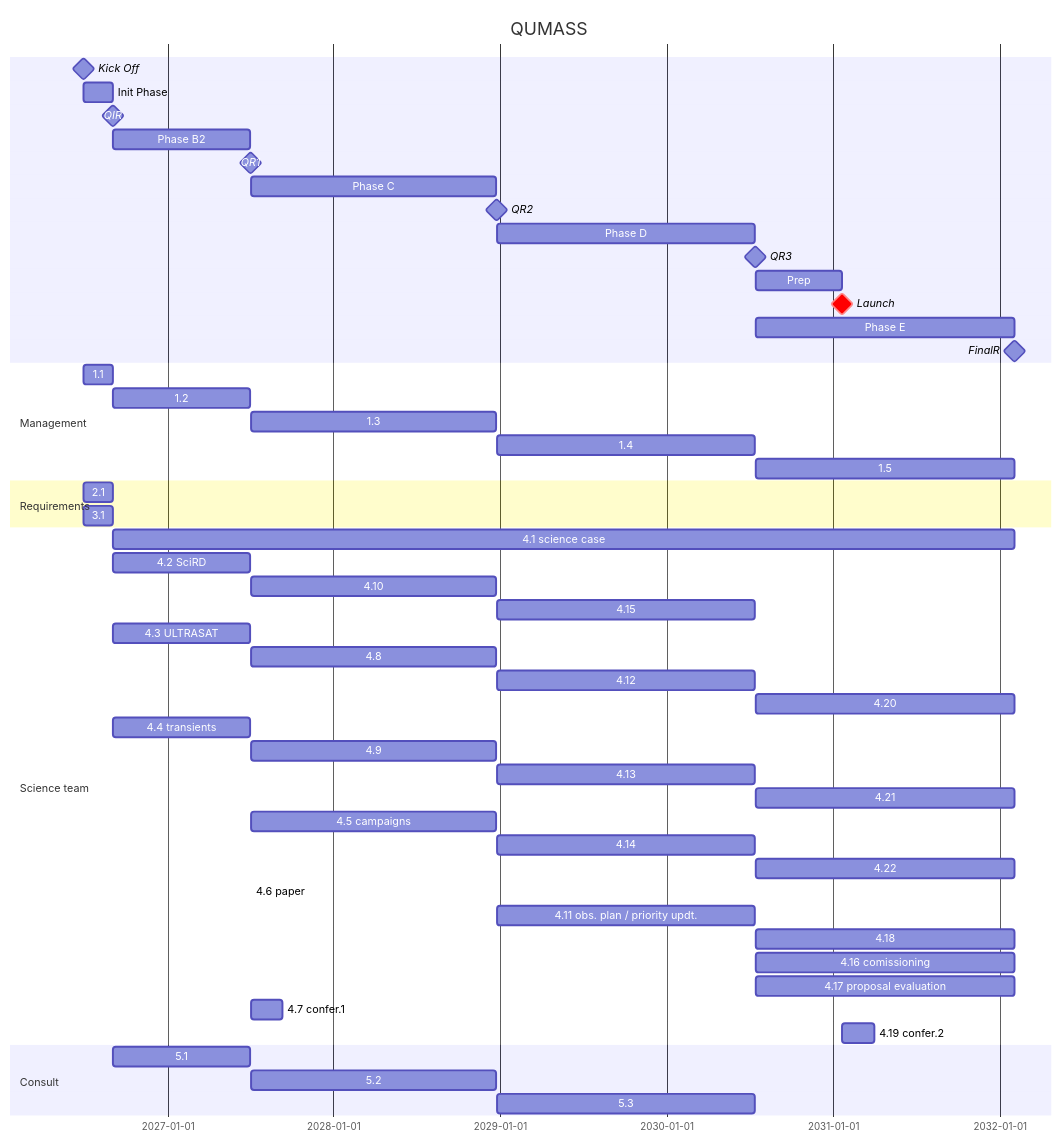
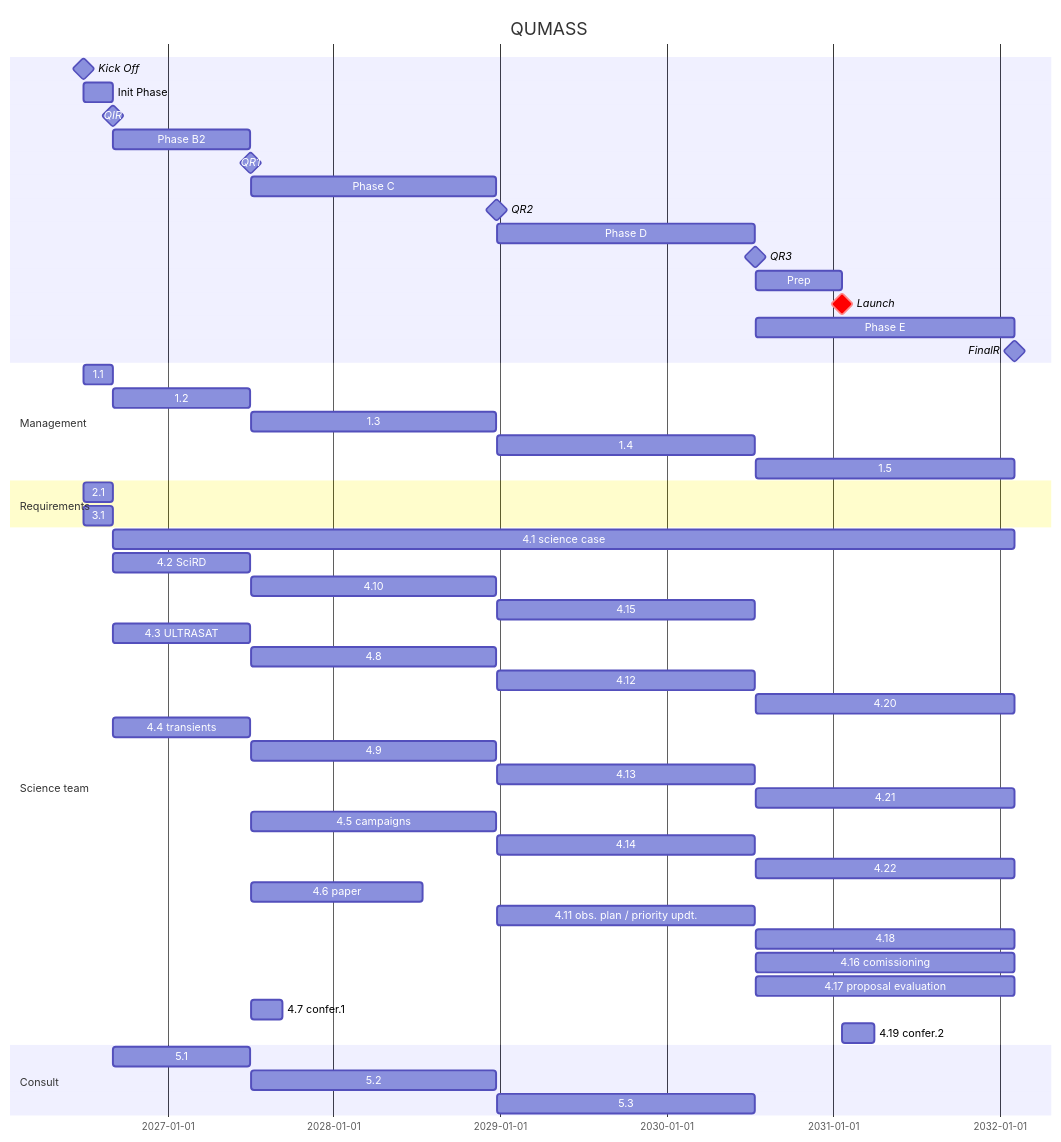
One commit to limu007/quvik changed the diagram in calib/Science.md. Above: the diagram before and after it, drawn with Mermaid.

Commit message:
Update duration for paper in Science.md

````diff
--- a/calib/Science.md
+++ b/calib/Science.md
@@ -1,56 +1,56 @@
 ```mermaid
 gantt
     title QUMASS
     dateFormat  YYYY-MM-DD
     Kick Off : milestone, ko, 2026-07-01, 1d
     Init Phase : b1, after ko, 9w
     QIR : milestone, ir, after b1, 1d
     Phase B2 : b2, after ir, 43w
     QR1 : milestone, pdr, after b2, 1d
     Phase C : c1, after pdr, 77w
     QR2 : milestone, cdr, after c1, 1d
     Phase D : d1, after cdr, 81w
     QR3 : milestone, far, after d1, 1d
     Prep : prep, after far, 27w
     Launch : crit, milestone, frr, after prep, 1d
     Phase E : e1, after far, 81w
     FinalR : milestone, fr, after e1, 1d
 
     section Management
     1.1 : after ko, until ir
     1.2 : after ir, until pdr
     1.3 : after pdr, until cdr
     1.4 : after cdr, until far
     1.5 : after far, until fr
     section Requirements
     2.1 : after ko, until ir
     3.1 : after ko, until ir
     section Science team
     4.1 science case : after ir, until fr
     4.2 SciRD : after ir, until pdr
     4.10 : after pdr, until cdr
     4.15 : after cdr, until far
     4.3 ULTRASAT : after ir, until pdr
     4.8 : after pdr, until cdr
     4.12 : after cdr, until far
     4.20 : after far, until fr
     4.4 transients : after ir, until pdr
     4.9 : after pdr, until cdr
     4.13 : after cdr, until far
     4.21 : after far, until fr
     4.5 campaigns : after pdr, until cdr
     4.14 : after cdr, until far
     4.22 : after far, until fr
-    4.6 paper : after pdr, 12m
+    4.6 paper : after pdr, 54w
     4.11 obs. plan / priority updt. : after cdr, until far
     4.18 : after far, until fr
     4.16 comissioning : after far, until fr
     4.17 proposal evaluation : after far, until fr
     4.7 confer.1 : after pdr, 10w
     4.19 confer.2 : after frr, 10w
     section Consult
     5.1 : after ir, until pdr
     5.2 : after pdr, until cdr
     5.3 : after cdr, until far
     
 ```
````
